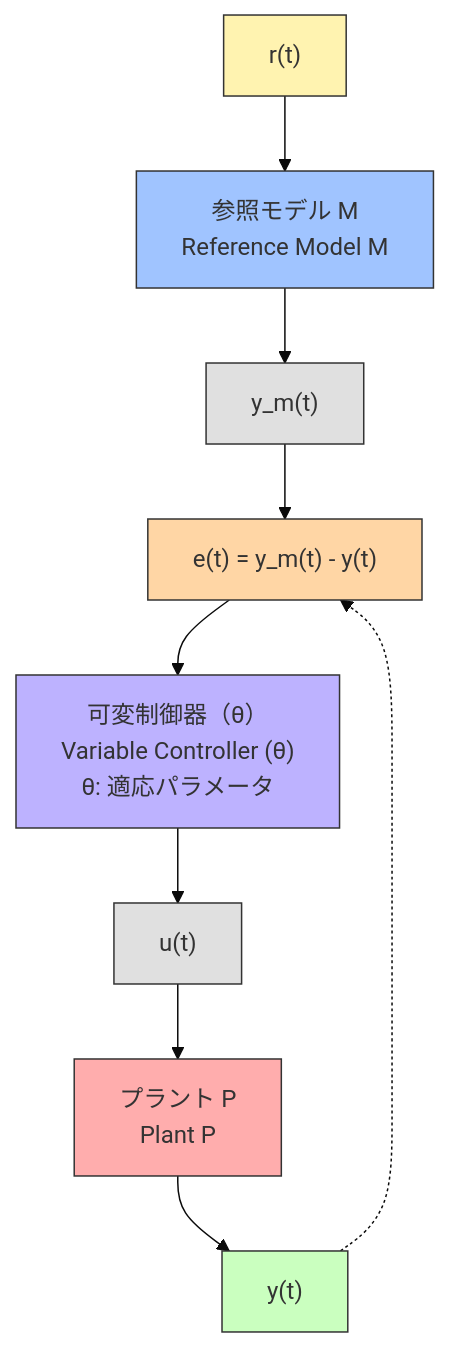
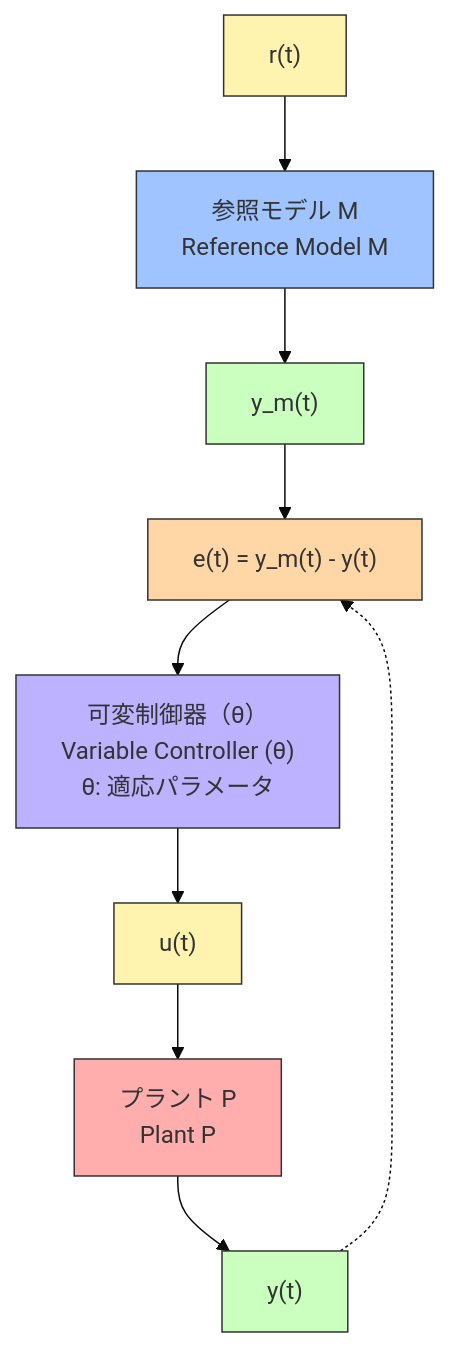
The diagram in part03_adaptive/theory/02_mrac_design.md (Samizo-AITL/EduController), drawn with Mermaid (base theme) before and after one commit. The commit also changed other lines of this file, not shown here.

````diff
--- a/part03_adaptive/theory/02_mrac_design.md
+++ b/part03_adaptive/theory/02_mrac_design.md
@@ -36,19 +47,19 @@
 ```mermaid
 flowchart TB
     R["r(t)"]:::input --> M["参照モデル M<br/>Reference Model M"]:::model
-    M --> YM["y_m(t)"]:::signal
+    M --> YM["y_m(t)"]:::output
     YM --> E["e(t) = y_m(t) - y(t)"]:::error
     E --> CTRL["可変制御器（θ）<br/>Variable Controller (θ)<br/>θ: 適応パラメータ"]:::controller
-    CTRL --> U["u(t)"]:::signal
+    CTRL --> U["u(t)"]:::input
     U --> P["プラント P<br/>Plant P"]:::plant
     P --> Y["y(t)"]:::output
     Y -.-> E
 
+    %% Color definitions
     classDef input fill:#FFF3B0,stroke:#333,stroke-width:1px;
     classDef model fill:#A0C4FF,stroke:#333,stroke-width:1px;
     classDef controller fill:#BDB2FF,stroke:#333,stroke-width:1px;
     classDef plant fill:#FFADAD,stroke:#333,stroke-width:1px;
     classDef error fill:#FFD6A5,stroke:#333,stroke-width:1px;
-    classDef signal fill:#E0E0E0,stroke:#333,stroke-width:1px;
     classDef output fill:#CAFFBF,stroke:#333,stroke-width:1px;
 ```
````
